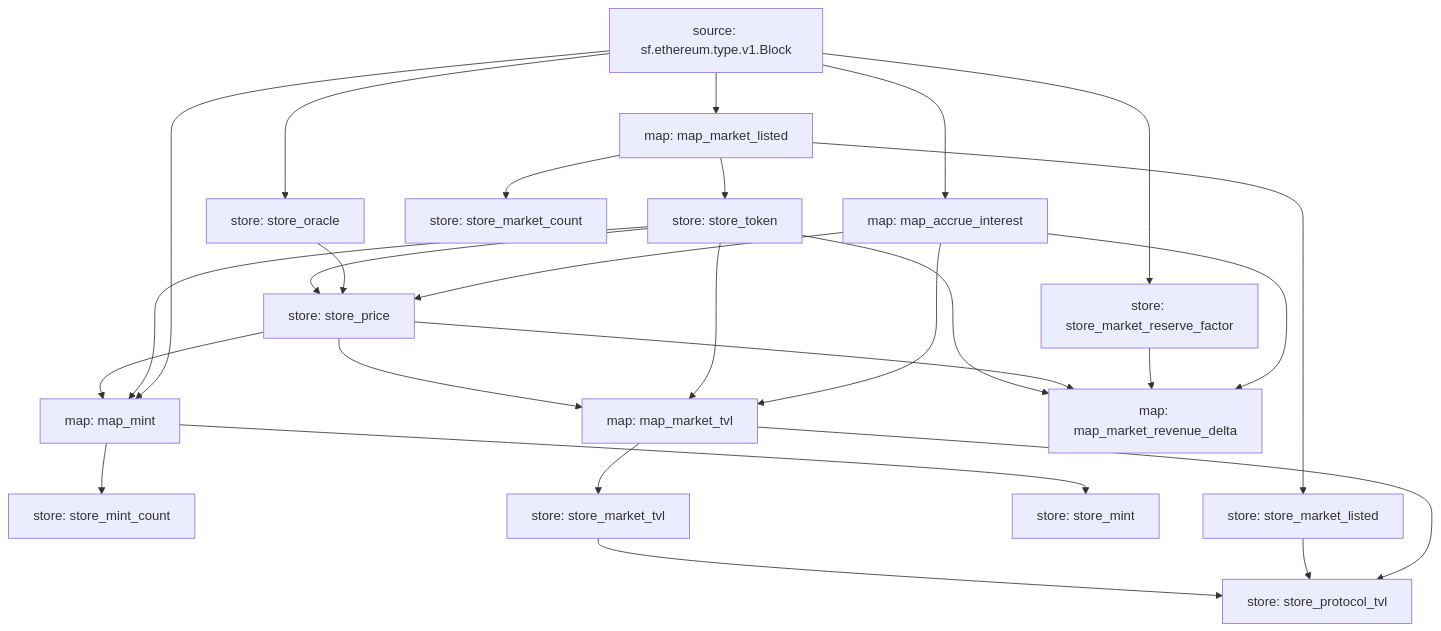
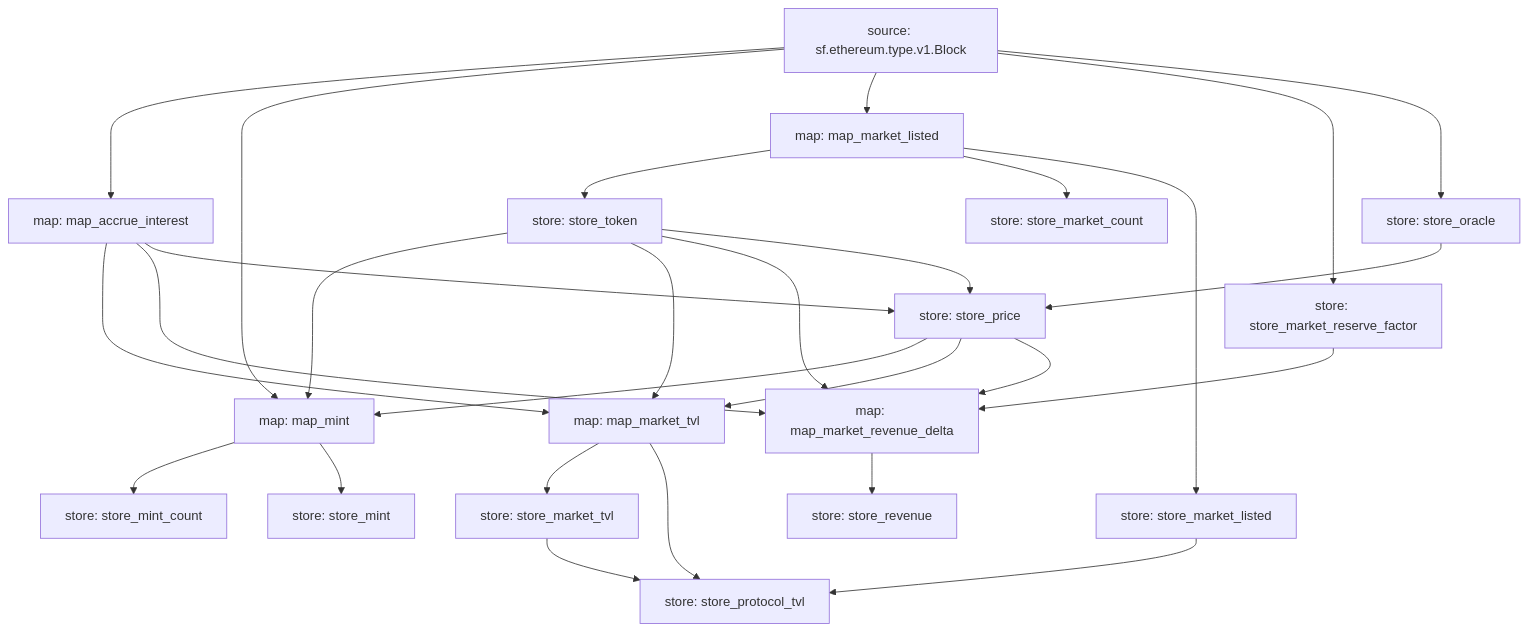
The diagram in README.md (0xbe1/compoundv2-substreams), drawn with Mermaid before and after one commit. The commit also changed 2 other files, not shown here.

Commit message:
add store_revenue

````diff
--- a/README.md
+++ b/README.md
@@ -7,44 +7,46 @@
 ```mermaid
 graph TD;
   map_accrue_interest[map: map_accrue_interest]
   sf.ethereum.type.v1.Block[source: sf.ethereum.type.v1.Block] --> map_accrue_interest
   map_mint[map: map_mint]
   sf.ethereum.type.v1.Block[source: sf.ethereum.type.v1.Block] --> map_mint
   store_token --> map_mint
   store_price --> map_mint
   map_market_listed[map: map_market_listed]
   sf.ethereum.type.v1.Block[source: sf.ethereum.type.v1.Block] --> map_market_listed
   map_market_tvl[map: map_market_tvl]
   map_accrue_interest --> map_market_tvl
   store_token --> map_market_tvl
   store_price --> map_market_tvl
   map_market_revenue_delta[map: map_market_revenue_delta]
   map_accrue_interest --> map_market_revenue_delta
   store_market_reserve_factor --> map_market_revenue_delta
   store_price --> map_market_revenue_delta
   store_token --> map_market_revenue_delta
   store_token[store: store_token]
   map_market_listed --> store_token
   store_market_reserve_factor[store: store_market_reserve_factor]
   sf.ethereum.type.v1.Block[source: sf.ethereum.type.v1.Block] --> store_market_reserve_factor
   store_market_count[store: store_market_count]
   map_market_listed --> store_market_count
   store_mint_count[store: store_mint_count]
   map_mint --> store_mint_count
   store_oracle[store: store_oracle]
   sf.ethereum.type.v1.Block[source: sf.ethereum.type.v1.Block] --> store_oracle
   store_price[store: store_price]
   map_accrue_interest --> store_price
   store_oracle --> store_price
   store_token --> store_price
   store_market_listed[store: store_market_listed]
   map_market_listed --> store_market_listed
   store_mint[store: store_mint]
   map_mint --> store_mint
   store_market_tvl[store: store_market_tvl]
   map_market_tvl --> store_market_tvl
   store_protocol_tvl[store: store_protocol_tvl]
   map_market_tvl --> store_protocol_tvl
   store_market_listed --> store_protocol_tvl
   store_market_tvl --> store_protocol_tvl
+  store_revenue[store: store_revenue]
+  map_market_revenue_delta --> store_revenue
 ```
````
